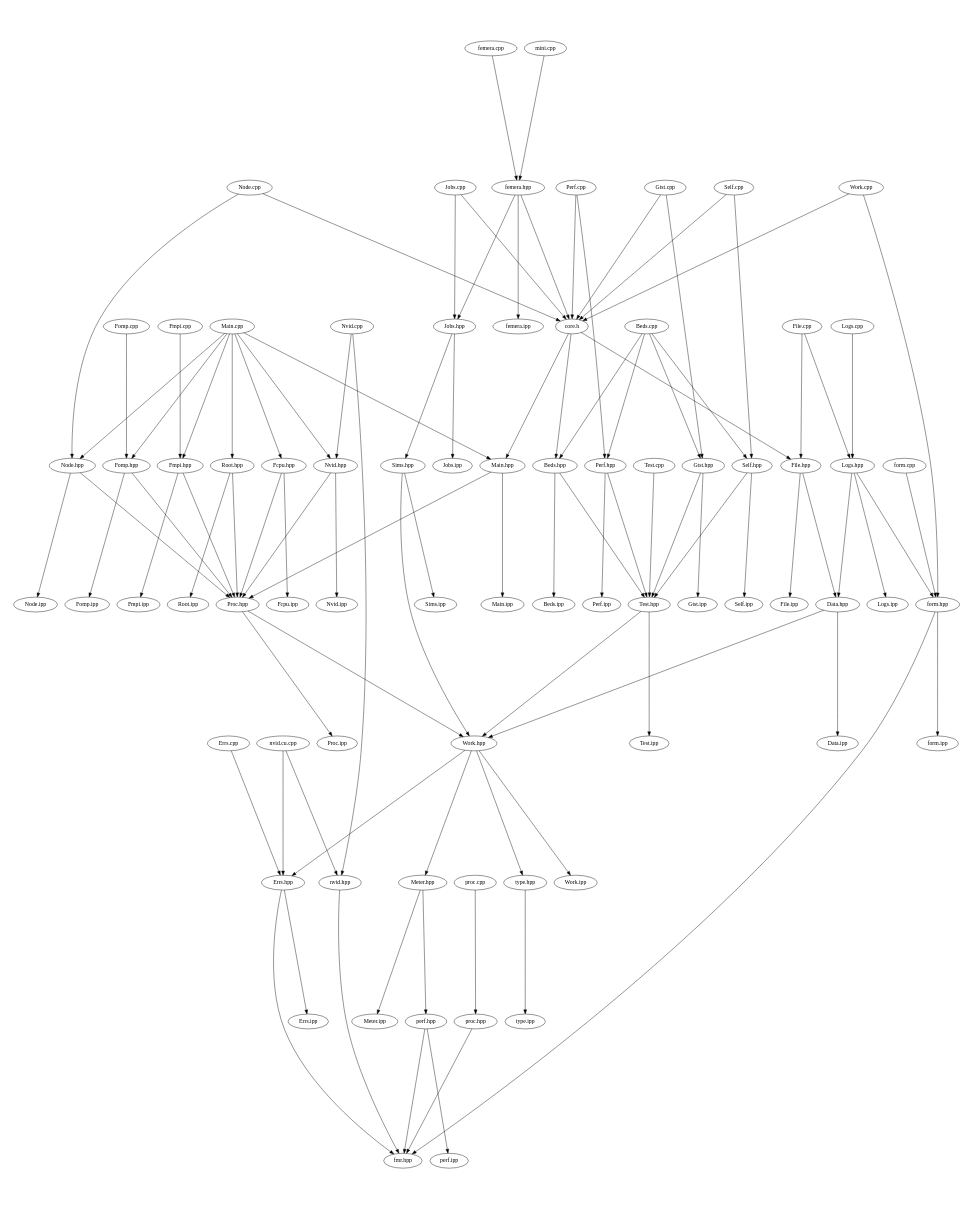
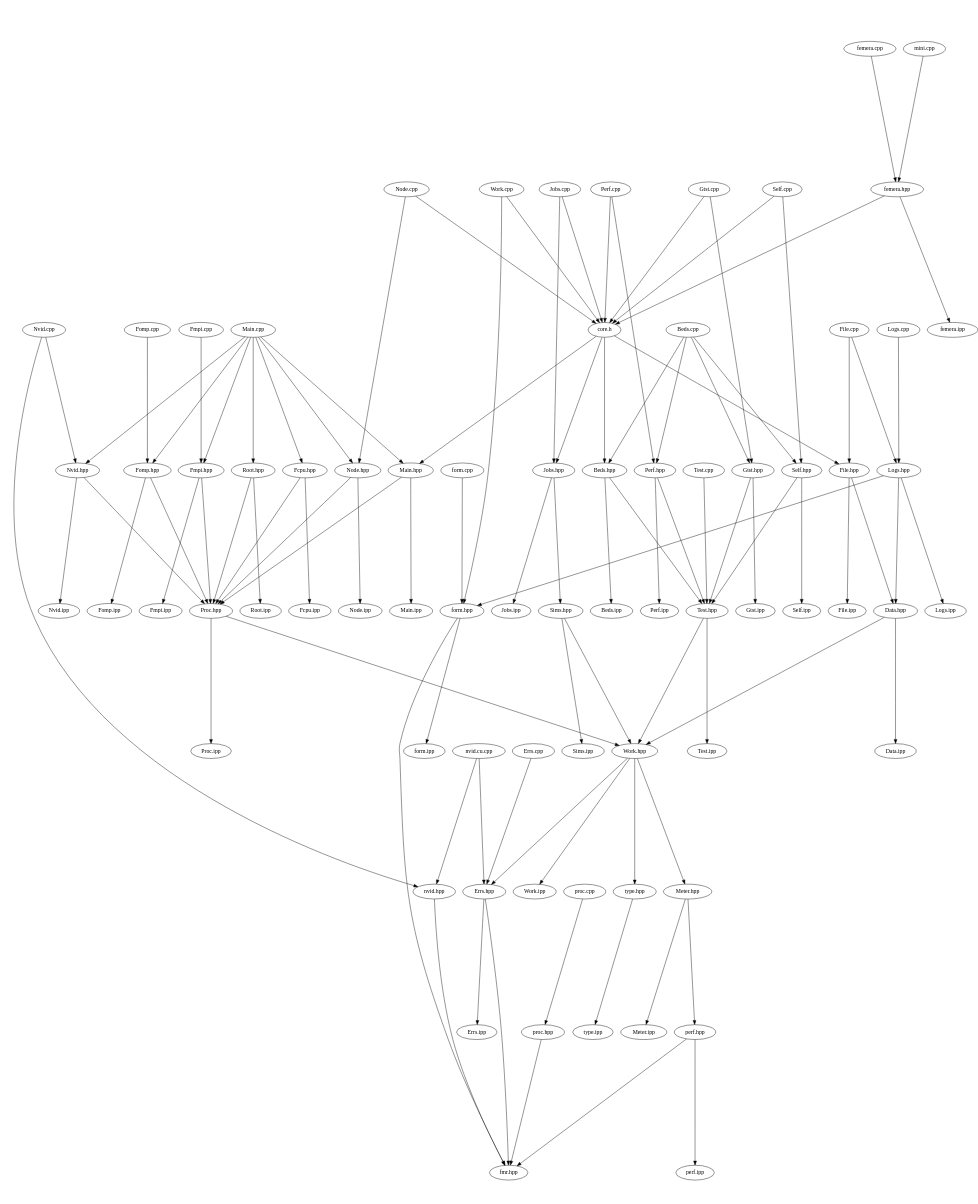
Before and after one commit to waggyz/femera-mini-app: the diagram in src/docs/src-notest.dot, drawn with Graphviz. The commit also changed 18 other files, not shown here.

```diff
--- a/src/docs/src-notest.dot
+++ b/src/docs/src-notest.dot
@@ -1,104 +1,104 @@
 digraph "source tree" {
     overlap=scale;
     size="8,10";
     ratio="fill";
     fontsize="16";
     fontname="Helvetica";
 	clusterrank="local";
 	"Perf.cpp" -> "core.h"
 	"Gtst.cpp" -> "core.h"
-	"femera.hpp" -> "Jobs.hpp"
 	"Meter.hpp" -> "perf.hpp"
 	"Main.cpp" -> "Fomp.hpp"
 	"Sims.hpp" -> "Work.hpp"
 	"Errs.cpp" -> "Errs.hpp"
 	"femera.cpp" -> "femera.hpp"
 	"Work.hpp" -> "Errs.hpp"
 	"Fmpi.hpp" -> "Fmpi.ipp"
 	"Sims.hpp" -> "Sims.ipp"
 	"Jobs.hpp" -> "Jobs.ipp"
 	"Nvid.hpp" -> "Nvid.ipp"
 	"Fomp.cpp" -> "Fomp.hpp"
 	"Logs.cpp" -> "Logs.hpp"
 	"nvid.cu.cpp" -> "nvid.hpp"
 	"proc.hpp" -> "fmr.hpp"
 	"Nvid.hpp" -> "Proc.hpp"
 	"Root.hpp" -> "Proc.hpp"
 	"Main.cpp" -> "Node.hpp"
 	"Main.cpp" -> "Main.hpp"
 	"Proc.hpp" -> "Proc.ipp"
 	"Perf.hpp" -> "Perf.ipp"
 	"Perf.hpp" -> "Test.hpp"
 	"Beds.cpp" -> "Gtst.hpp"
 	"Node.cpp" -> "Node.hpp"
 	"Main.cpp" -> "Fmpi.hpp"
 	"core.h" -> "Main.hpp"
 	"Main.cpp" -> "Fcpu.hpp"
 	"Work.cpp" -> "core.h"
 	"nvid.hpp" -> "fmr.hpp"
 	"perf.hpp" -> "fmr.hpp"
 	"Beds.cpp" -> "Perf.hpp"
 	"Data.hpp" -> "Data.ipp"
 	"Beds.cpp" -> "Self.hpp"
 	"Work.hpp" -> "Work.ipp"
 	"Fmpi.hpp" -> "Proc.hpp"
 	"Test.hpp" -> "Work.hpp"
 	"Nvid.cpp" -> "nvid.hpp"
 	"Node.hpp" -> "Node.ipp"
 	"form.hpp" -> "form.ipp"
 	"Gtst.cpp" -> "Gtst.hpp"
 	"femera.hpp" -> "femera.ipp"
 	"Work.hpp" -> "type.hpp"
 	"Fcpu.hpp" -> "Proc.hpp"
 	"Fomp.hpp" -> "Proc.hpp"
 	"File.hpp" -> "File.ipp"
 	"Self.cpp" -> "core.h"
 	"Main.cpp" -> "Nvid.hpp"
 	"Meter.hpp" -> "Meter.ipp"
 	"core.h" -> "File.hpp"
 	"Fomp.hpp" -> "Fomp.ipp"
 	"Logs.hpp" -> "Data.hpp"
 	"Gtst.hpp" -> "Gtst.ipp"
 	"type.hpp" -> "type.ipp"
 	"Perf.cpp" -> "Perf.hpp"
 	"form.cpp" -> "form.hpp"
 	"File.cpp" -> "File.hpp"
 	"Self.hpp" -> "Test.hpp"
 	"perf.hpp" -> "perf.ipp"
 	"proc.cpp" -> "proc.hpp"
 	"Self.hpp" -> "Self.ipp"
 	"Node.cpp" -> "core.h"
 	"Fmpi.cpp" -> "Fmpi.hpp"
 	"File.cpp" -> "Logs.hpp"
 	"core.h" -> "Beds.hpp"
 	"Errs.hpp" -> "fmr.hpp"
 	"Fcpu.hpp" -> "Fcpu.ipp"
+	"core.h" -> "Jobs.hpp"
 	"Root.hpp" -> "Root.ipp"
 	"Errs.hpp" -> "Errs.ipp"
 	"Main.hpp" -> "Main.ipp"
 	"Test.cpp" -> "Test.hpp"
 	"nvid.cu.cpp" -> "Errs.hpp"
 	"Beds.cpp" -> "Beds.hpp"
 	"Node.hpp" -> "Proc.hpp"
 	"Main.cpp" -> "Root.hpp"
 	"Jobs.hpp" -> "Sims.hpp"
 	"Jobs.cpp" -> "Jobs.hpp"
 	"Logs.hpp" -> "Logs.ipp"
 	"Self.cpp" -> "Self.hpp"
 	"File.hpp" -> "Data.hpp"
 	"mini.cpp" -> "femera.hpp"
 	"Work.cpp" -> "form.hpp"
 	"Beds.hpp" -> "Test.hpp"
 	"Proc.hpp" -> "Work.hpp"
 	"form.hpp" -> "fmr.hpp"
 	"Gtst.hpp" -> "Test.hpp"
 	"Data.hpp" -> "Work.hpp"
 	"Nvid.cpp" -> "Nvid.hpp"
 	"Beds.hpp" -> "Beds.ipp"
 	"femera.hpp" -> "core.h"
 	"Jobs.cpp" -> "core.h"
 	"Work.hpp" -> "Meter.hpp"
 	"Logs.hpp" -> "form.hpp"
 	"Main.hpp" -> "Proc.hpp"
 	"Test.hpp" -> "Test.ipp"
 }
```
